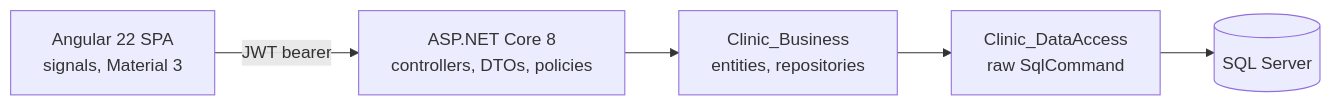
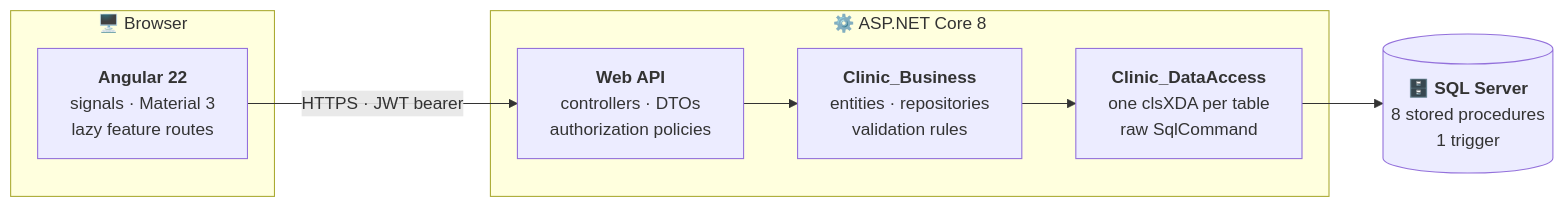
Before and after one commit to SalehAbuhussein/Clinic-Management-System: the first of 5 diagrams in README.md, drawn with Mermaid. The commit also changed other lines of this file, not shown here.

````diff
--- a/README.md
+++ b/README.md
@@ -15,13 +56,19 @@
 ```mermaid
 flowchart LR
-  SPA["Angular 22 SPA<br/>signals, Material 3"]
-  API["ASP.NET Core 8<br/>controllers, DTOs, policies"]
-  BLL["Clinic_Business<br/>entities, repositories"]
-  DAL["Clinic_DataAccess<br/>raw SqlCommand"]
-  DB[("SQL Server")]
+  subgraph Client["🖥️ Browser"]
+    SPA["<b>Angular 22</b><br/>signals · Material 3<br/>lazy feature routes"]
+  end
 
-  SPA -->|"JWT bearer"| API
+  subgraph Server["⚙️ ASP.NET Core 8"]
+    API["<b>Web API</b><br/>controllers · DTOs<br/>authorization policies"]
+    BLL["<b>Clinic_Business</b><br/>entities · repositories<br/>validation rules"]
+    DAL["<b>Clinic_DataAccess</b><br/>one clsXDA per table<br/>raw SqlCommand"]
+  end
+
+  DB[("🗄️ <b>SQL Server</b><br/>8 stored procedures<br/>1 trigger")]
+
+  SPA -->|"HTTPS · JWT bearer"| API
   API --> BLL
   BLL --> DAL
   DAL --> DB
 ```
````
